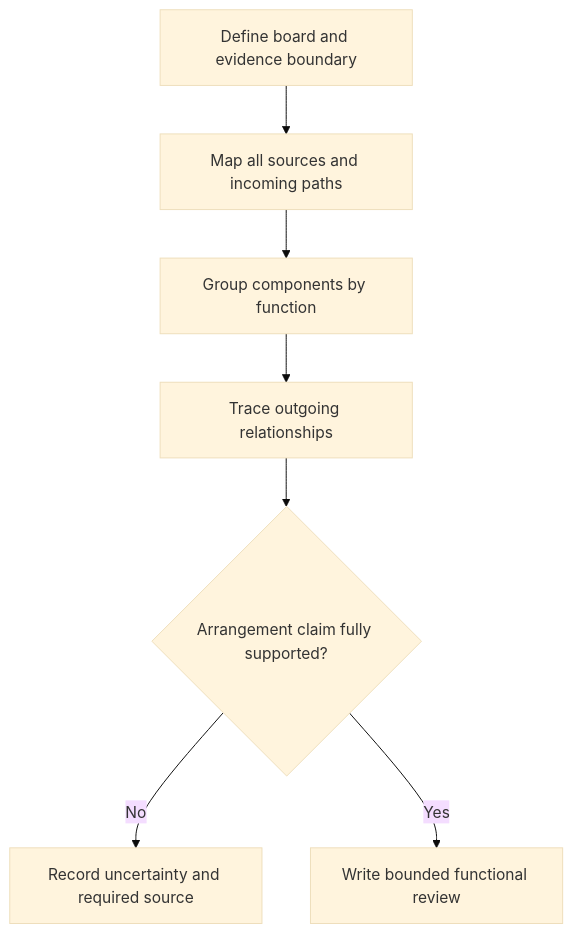
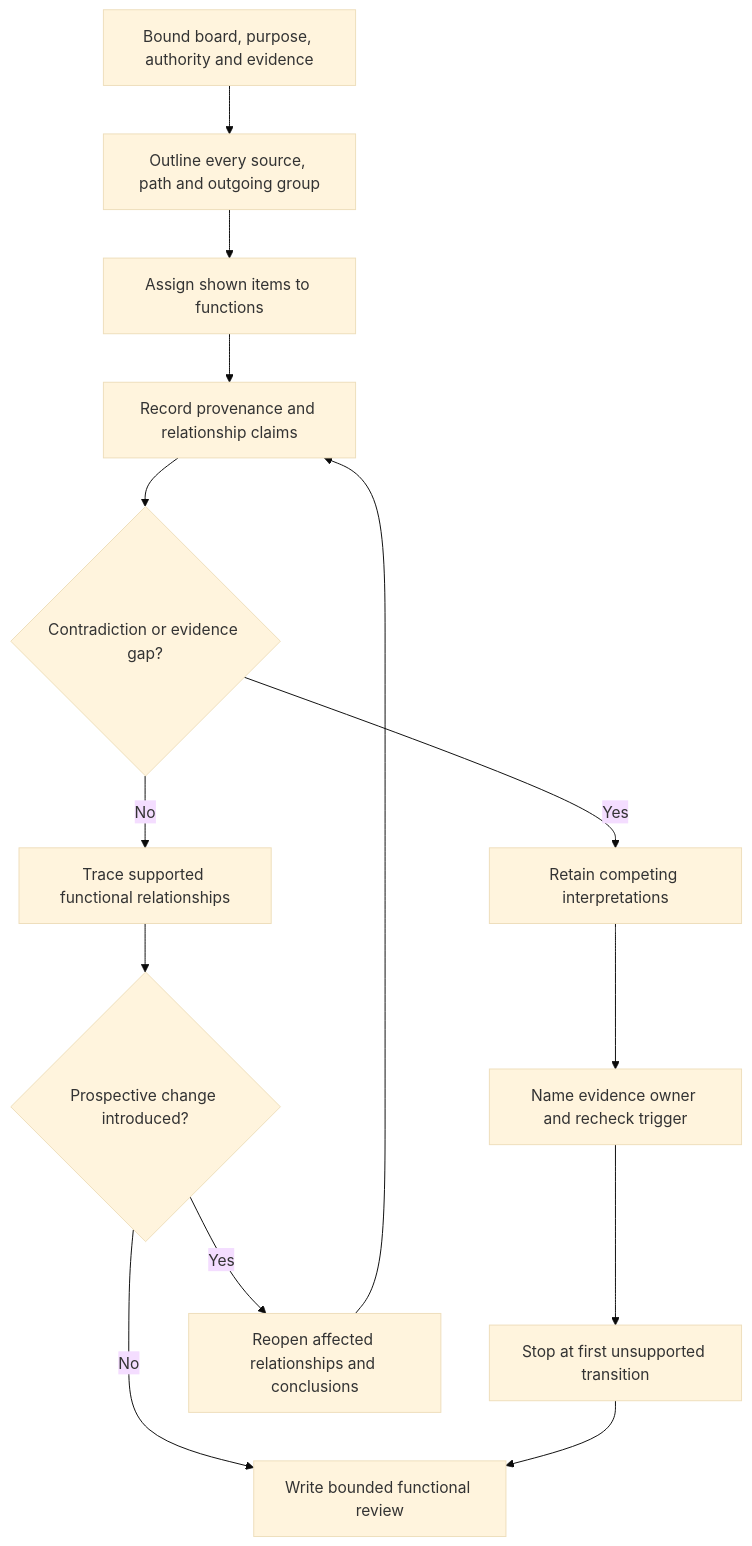
One commit to andrew3stedall/capstone changed the first of 3 diagrams in docs/learning-plans/12-week/modules/day-38-switchboard-functional-areas-and-arrangement-principles.md. Above: the diagram before and after it, drawn with Mermaid (base theme). The commit also changed other lines of this file and 3 other files, not shown here.

````diff
--- a/docs/learning-plans/12-week/modules/day-38-switchboard-functional-areas-and-arrangement-principles.md
+++ b/docs/learning-plans/12-week/modules/day-38-switchboard-functional-areas-and-arrangement-principles.md
@@ -61,9 +114,16 @@
 ```mermaid
 flowchart TD
-    A[Define board and evidence boundary] --> B[Map all sources and incoming paths]
-    B --> C[Group components by function]
-    C --> D[Trace outgoing relationships]
-    D --> E{Arrangement claim fully supported?}
-    E -->|No| F[Record uncertainty and required source]
-    E -->|Yes| G[Write bounded functional review]
+    A[Bound board, purpose, authority and evidence] --> B[Outline every source, path and outgoing group]
+    B --> C[Assign shown items to functions]
+    C --> D[Record provenance and relationship claims]
+    D --> E{Contradiction or evidence gap?}
+    E -->|Yes| F[Retain competing interpretations]
+    F --> G[Name evidence owner and recheck trigger]
+    E -->|No| H[Trace supported functional relationships]
+    G --> I[Stop at first unsupported transition]
+    H --> J{Prospective change introduced?}
+    J -->|Yes| K[Reopen affected relationships and conclusions]
+    J -->|No| L[Write bounded functional review]
+    K --> D
+    I --> L
 ```
````
